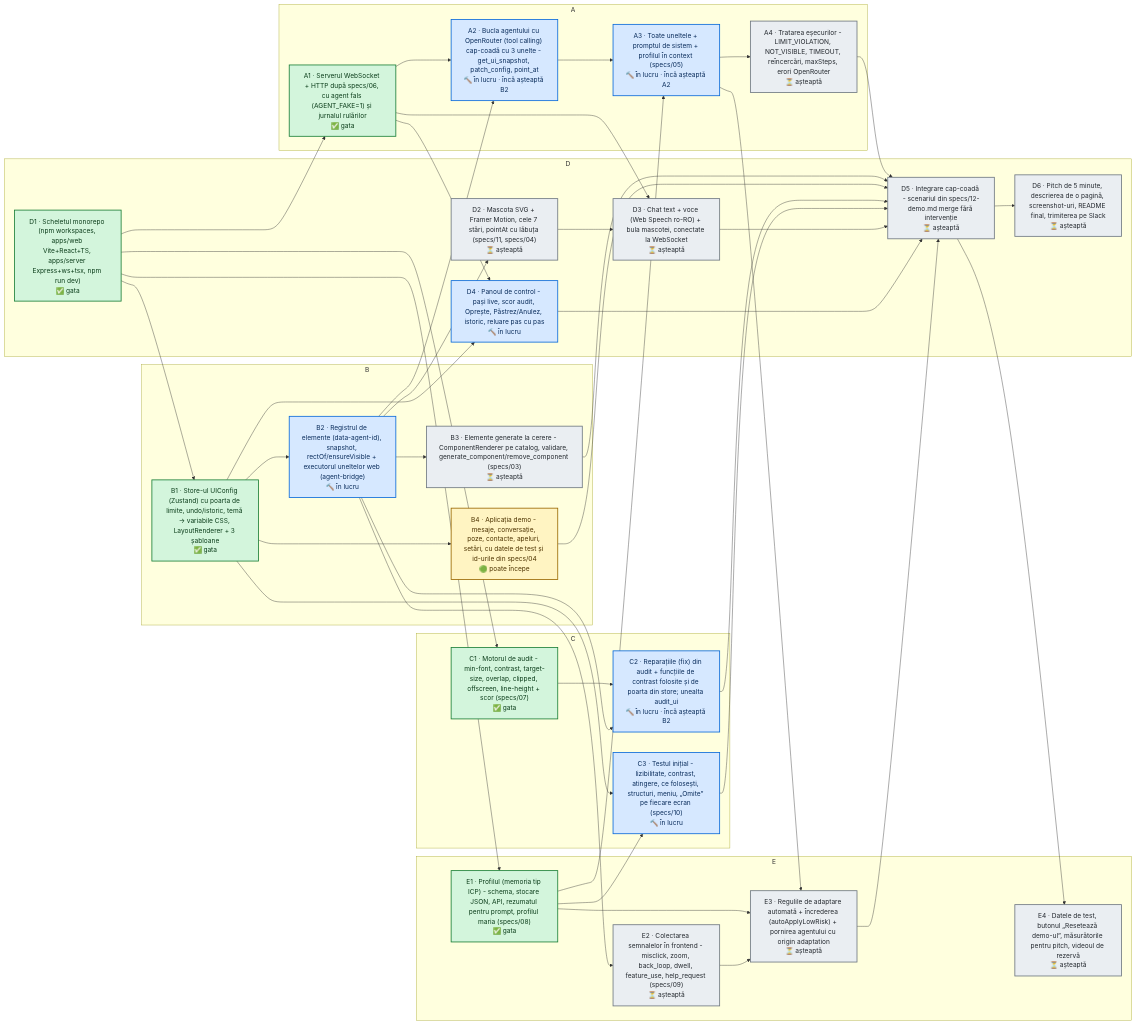
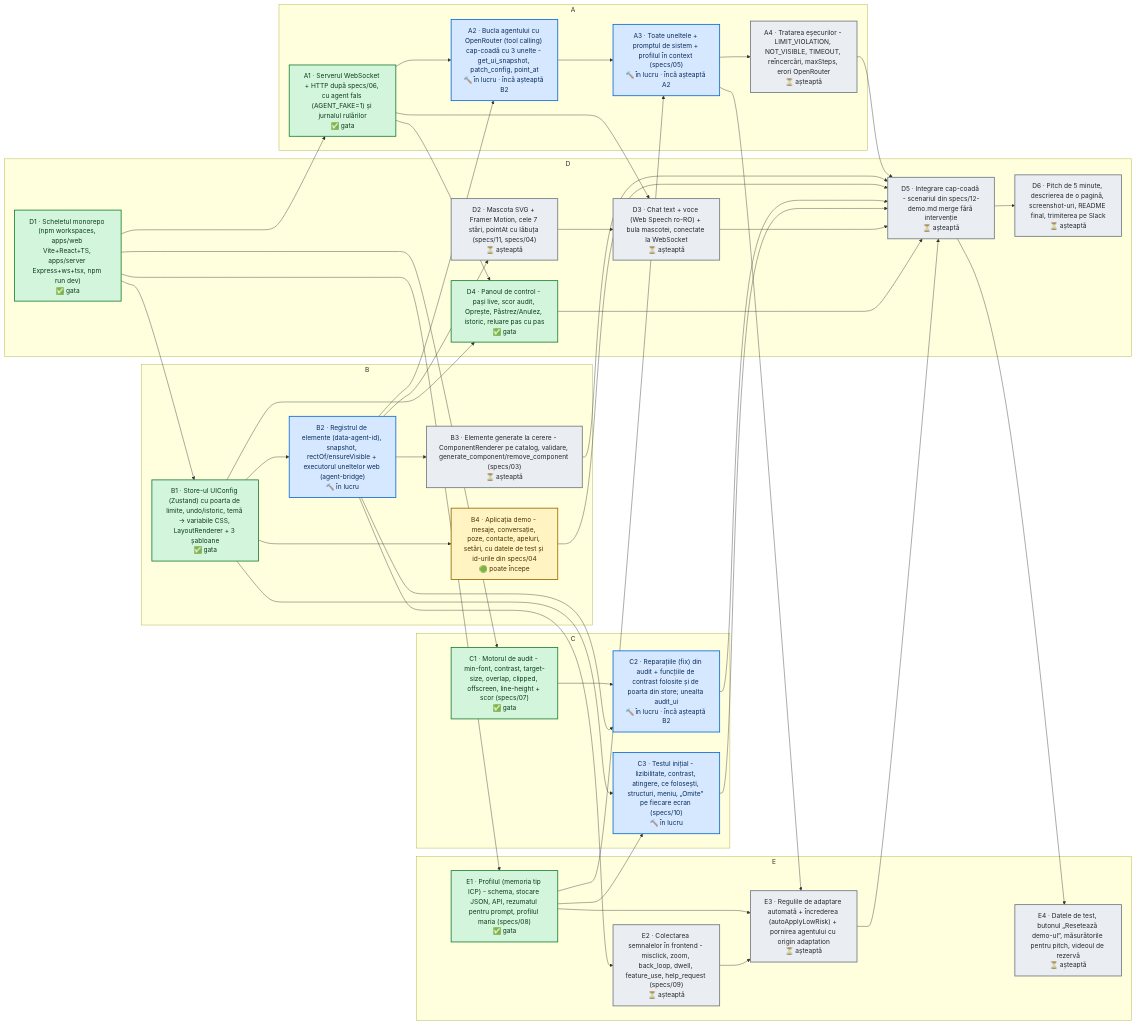
One commit to 06cezar/UiShapeshifter changed the diagram in DAG.md. Above: the diagram before and after it, drawn with Mermaid. The commit also changed other lines of this file and 1 other file, not shown here.

Commit message:
dag: update [skip ci]

````diff
--- a/DAG.md
+++ b/DAG.md
@@ -8,78 +8,78 @@
 ```mermaid
 flowchart LR
   subgraph t_owner_A["A"]
     t_A1["A1 · Serverul WebSocket + HTTP după specs/06, cu agent fals (AGENT_FAKE=1) și jurnalul rulărilor<br/>✅ gata"]
     t_A2["A2 · Bucla agentului cu OpenRouter (tool calling) cap-coadă cu 3 unelte - get_ui_snapshot, patch_config, point_at<br/>🔨 în lucru · încă așteaptă B2"]
     t_A3["A3 · Toate uneltele + promptul de sistem + profilul în context (specs/05)<br/>🔨 în lucru · încă așteaptă A2"]
     t_A4["A4 · Tratarea eșecurilor - LIMIT_VIOLATION, NOT_VISIBLE, TIMEOUT, reîncercări, maxSteps, erori OpenRouter<br/>⏳ așteaptă"]
   end
   subgraph t_owner_B["B"]
     t_B1["B1 · Store-ul UIConfig (Zustand) cu poarta de limite, undo/istoric, temă → variabile CSS, LayoutRenderer + 3 șabloane<br/>✅ gata"]
     t_B2["B2 · Registrul de elemente (data-agent-id), snapshot, rectOf/ensureVisible + executorul uneltelor web (agent-bridge)<br/>🔨 în lucru"]
     t_B3["B3 · Elemente generate la cerere - ComponentRenderer pe catalog, validare, generate_component/remove_component (specs/03)<br/>⏳ așteaptă"]
     t_B4["B4 · Aplicația demo - mesaje, conversație, poze, contacte, apeluri, setări, cu datele de test și id-urile din specs/04<br/>🟢 poate începe"]
   end
   subgraph t_owner_C["C"]
     t_C1["C1 · Motorul de audit - min-font, contrast, target-size, overlap, clipped, offscreen, line-height + scor (specs/07)<br/>✅ gata"]
     t_C2["C2 · Reparațiile (fix) din audit + funcțiile de contrast folosite și de poarta din store; unealta audit_ui<br/>🔨 în lucru · încă așteaptă B2"]
     t_C3["C3 · Testul inițial - lizibilitate, contrast, atingere, ce folosești, structuri, meniu, „Omite” pe fiecare ecran (specs/10)<br/>🔨 în lucru"]
   end
   subgraph t_owner_D["D"]
     t_D1["D1 · Scheletul monorepo (npm workspaces, apps/web Vite+React+TS, apps/server Express+ws+tsx, npm run dev)<br/>✅ gata"]
     t_D2["D2 · Mascota SVG + Framer Motion, cele 7 stări, pointAt cu lăbuța (specs/11, specs/04)<br/>⏳ așteaptă"]
     t_D3["D3 · Chat text + voce (Web Speech ro-RO) + bula mascotei, conectate la WebSocket<br/>⏳ așteaptă"]
-    t_D4["D4 · Panoul de control - pași live, scor audit, Oprește, Păstrez/Anulez, istoric, reluare pas cu pas<br/>🔨 în lucru"]
+    t_D4["D4 · Panoul de control - pași live, scor audit, Oprește, Păstrez/Anulez, istoric, reluare pas cu pas<br/>✅ gata"]
     t_D5["D5 · Integrare cap-coadă - scenariul din specs/12-demo.md merge fără intervenție<br/>⏳ așteaptă"]
     t_D6["D6 · Pitch de 5 minute, descrierea de o pagină, screenshot-uri, README final, trimiterea pe Slack<br/>⏳ așteaptă"]
   end
   subgraph t_owner_E["E"]
     t_E1["E1 · Profilul (memoria tip ICP) - schema, stocare JSON, API, rezumatul pentru prompt, profilul maria (specs/08)<br/>✅ gata"]
     t_E2["E2 · Colectarea semnalelor în frontend - misclick, zoom, back_loop, dwell, feature_use, help_request (specs/09)<br/>⏳ așteaptă"]
     t_E3["E3 · Regulile de adaptare automată + încrederea (autoApplyLowRisk) + pornirea agentului cu origin adaptation<br/>⏳ așteaptă"]
     t_E4["E4 · Datele de test, butonul „Resetează demo-ul”, măsurătorile pentru pitch, videoul de rezervă<br/>⏳ așteaptă"]
   end
   t_B2 --> t_D2
   t_A1 --> t_D3
   t_D2 --> t_D3
   t_A1 --> t_D4
   t_B1 --> t_D4
   t_A4 --> t_D5
   t_B3 --> t_D5
   t_B4 --> t_D5
   t_C2 --> t_D5
   t_C3 --> t_D5
   t_D3 --> t_D5
   t_D4 --> t_D5
   t_E3 --> t_D5
   t_D5 --> t_D6
   t_D1 --> t_A1
   t_A1 --> t_A2
   t_B2 --> t_A2
   t_A2 --> t_A3
   t_E1 --> t_A3
   t_A3 --> t_A4
   t_D1 --> t_B1
   t_B1 --> t_B2
   t_B2 --> t_B3
   t_B1 --> t_B4
   t_D1 --> t_C1
   t_C1 --> t_C2
   t_B2 --> t_C2
   t_B1 --> t_C3
   t_E1 --> t_C3
   t_D1 --> t_E1
   t_B2 --> t_E2
   t_E1 --> t_E3
   t_E2 --> t_E3
   t_A3 --> t_E3
   t_D5 --> t_E4
   classDef done fill:#d3f5dc,stroke:#1a7f37,color:#0b3d1a,stroke-width:2px
   classDef progress fill:#d6e8ff,stroke:#0969da,color:#0a2d5c,stroke-width:2px
   classDef ready fill:#fff4c2,stroke:#9a6700,color:#4d3300,stroke-width:2px
   classDef wait fill:#eaeef2,stroke:#6e7781,color:#24292f,stroke-width:2px
   classDef blocked fill:#ffd8d3,stroke:#cf222e,color:#5c0b10,stroke-width:2px
-  class t_D1,t_A1,t_B1,t_C1,t_E1 done
-  class t_D4,t_A2,t_A3,t_B2,t_C2,t_C3 progress
+  class t_D1,t_D4,t_A1,t_B1,t_C1,t_E1 done
+  class t_A2,t_A3,t_B2,t_C2,t_C3 progress
   class t_B4 ready
   class t_D2,t_D3,t_D5,t_D6,t_A4,t_B3,t_E2,t_E3,t_E4 wait
 ```
````
